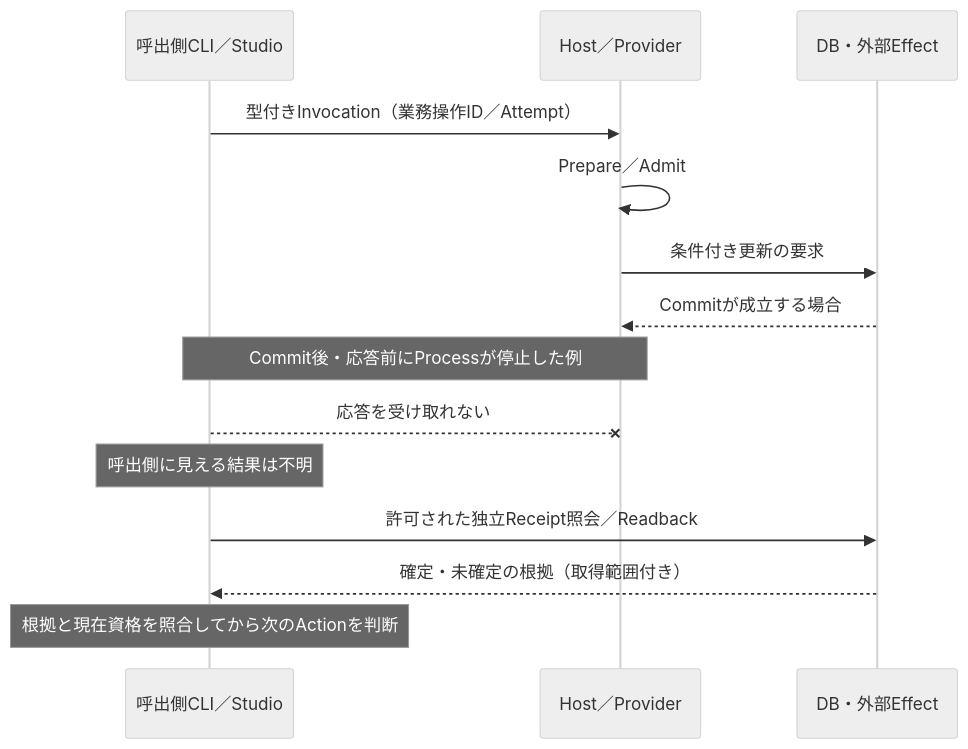
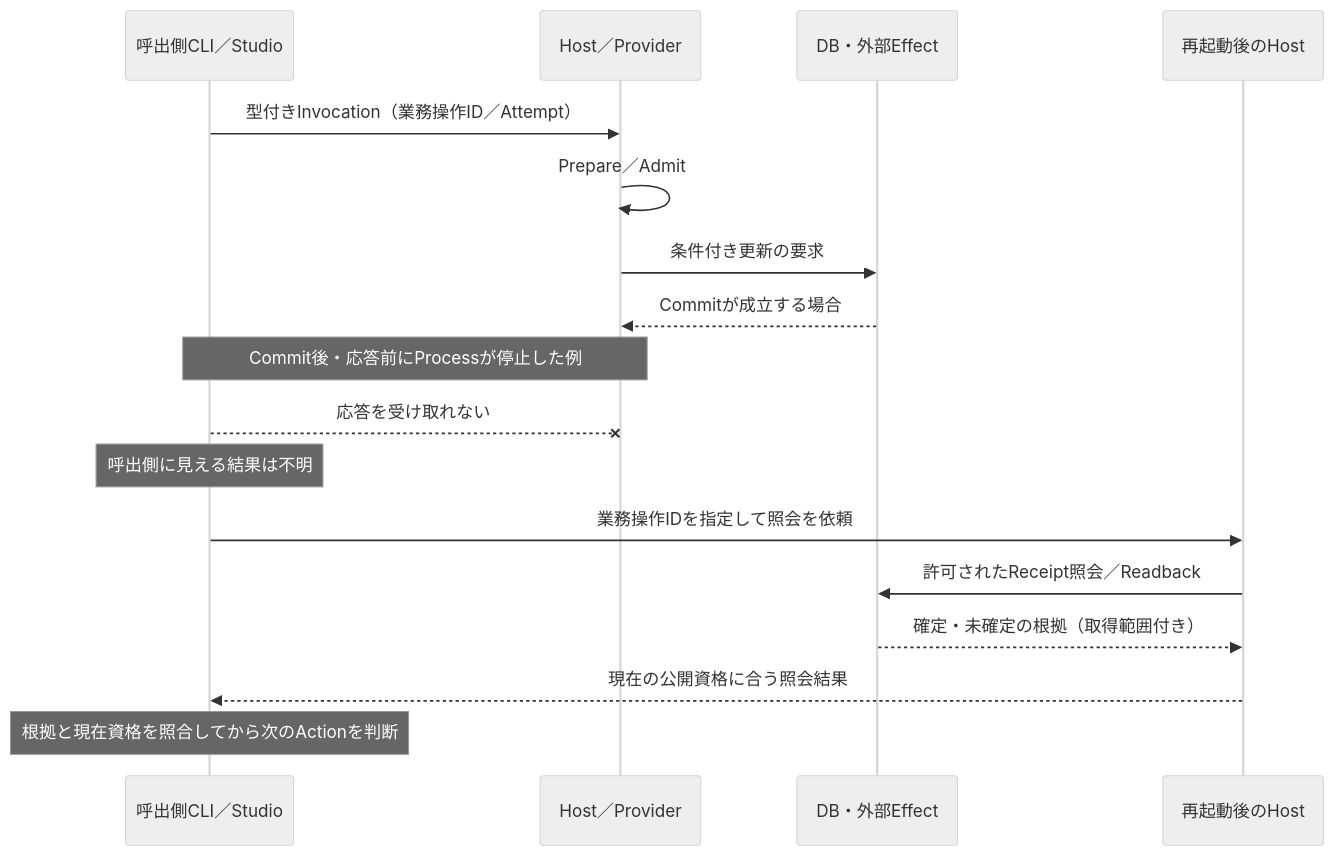
Before and after one commit to hat47x/tei-platform: the sixth of 6 diagrams in plan/design/PROGRAM_EXECUTION_MODEL_PROJECTIONS_2026-11.md, drawn with Mermaid (neutral theme).

Commit message:
docs(tei): align observation diagram with host authority and plan

````diff
--- a/plan/design/PROGRAM_EXECUTION_MODEL_PROJECTIONS_2026-11.md
+++ b/plan/design/PROGRAM_EXECUTION_MODEL_PROJECTIONS_2026-11.md
@@ -1000,16 +1000,19 @@
 ```mermaid
 sequenceDiagram
   participant C as 呼出側CLI／Studio
   participant H as Host／Provider
   participant D as DB・外部Effect
   C->>H: 型付きInvocation（業務操作ID／Attempt）
   H->>H: Prepare／Admit
   H->>D: 条件付き更新の要求
   D-->>H: Commitが成立する場合
   Note over H,C: Commit後・応答前にProcessが停止した例
   C--xH: 応答を受け取れない
   Note over C: 呼出側に見える結果は不明
-  C->>D: 許可された独立Receipt照会／Readback
-  D-->>C: 確定・未確定の根拠（取得範囲付き）
+  participant H2 as 再起動後のHost
+  C->>H2: 業務操作IDを指定して照会を依頼
+  H2->>D: 許可されたReceipt照会／Readback
+  D-->>H2: 確定・未確定の根拠（取得範囲付き）
+  H2-->>C: 現在の公開資格に合う照会結果
   Note over C: 根拠と現在資格を照合してから次のActionを判断
 ```
````
